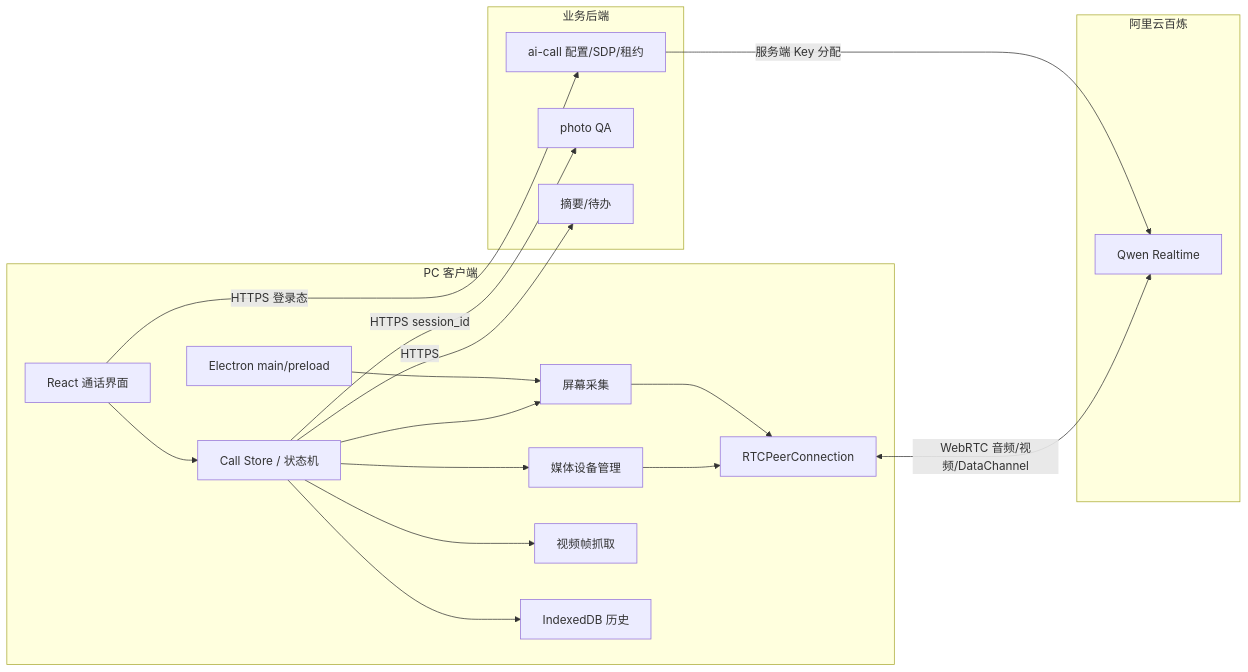
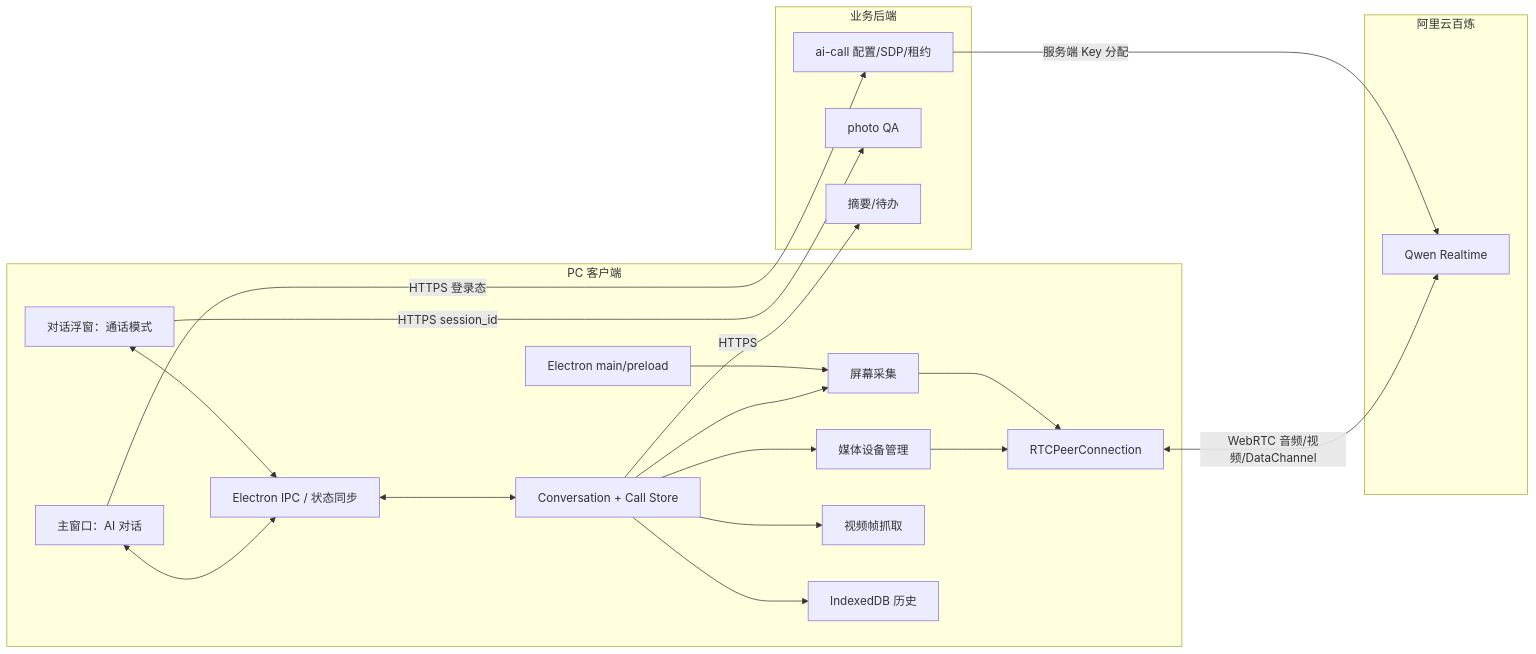
Before and after one commit to John-Shao/we-meet: the first of 3 diagrams in docs/extensions/PC桌面端_AI打电话设计.md, drawn with Mermaid. The commit also changed other lines of this file, not shown here.

Commit message:
docs: model PC AI call as a conversation float

````diff
--- a/docs/extensions/PC桌面端_AI打电话设计.md
+++ b/docs/extensions/PC桌面端_AI打电话设计.md
@@ -87,37 +93,41 @@
 ```mermaid
 flowchart LR
     subgraph Client[PC 客户端]
-        UI[React 通话界面]
-        VM[Call Store / 状态机]
+        Main[主窗口：AI 对话]
+        Float[对话浮窗：通话模式]
+        IPC[Electron IPC / 状态同步]
+        Store[Conversation + Call Store]
         Media[媒体设备管理]
         Capture[屏幕采集]
         Frame[视频帧抓取]
         History[IndexedDB 历史]
         RTC[RTCPeerConnection]
-        Main[Electron main/preload]
-        UI --> VM
-        VM --> Media
-        VM --> Capture
-        VM --> Frame
-        VM --> History
+        Shell[Electron main/preload]
+        Main <--> IPC
+        Float <--> IPC
+        IPC <--> Store
+        Store --> Media
+        Store --> Capture
+        Store --> Frame
+        Store --> History
         Media --> RTC
         Capture --> RTC
-        Main --> Capture
+        Shell --> Capture
     end
 
     subgraph Backend[业务后端]
         API[ai-call 配置/SDP/租约]
         Photo[photo QA]
         Summary[摘要/待办]
     end
 
     subgraph Aliyun[阿里云百炼]
         Realtime[Qwen Realtime]
     end
 
-    UI -->|HTTPS 登录态| API
-    VM -->|HTTPS session_id| Photo
-    VM -->|HTTPS| Summary
+    Main -->|HTTPS 登录态| API
+    Float -->|HTTPS session_id| Photo
+    Store -->|HTTPS| Summary
     RTC <-->|WebRTC 音频/视频/DataChannel| Realtime
     API -->|服务端 Key 分配| Realtime
 ```
````
